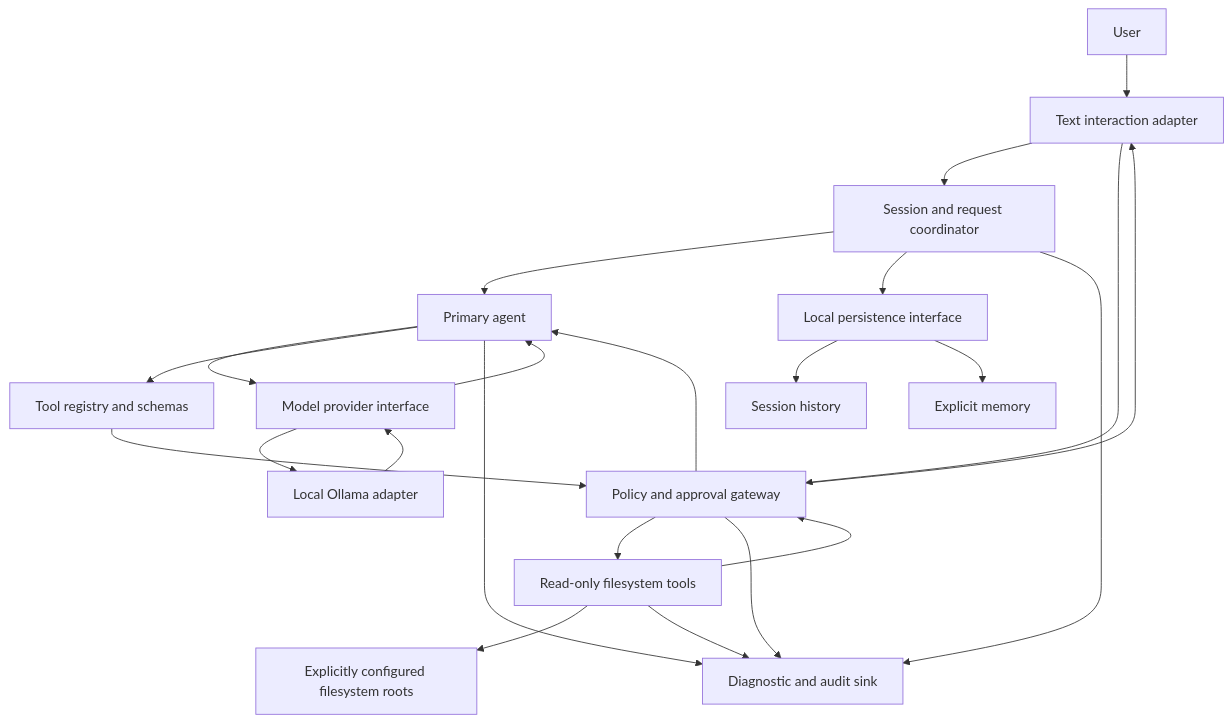
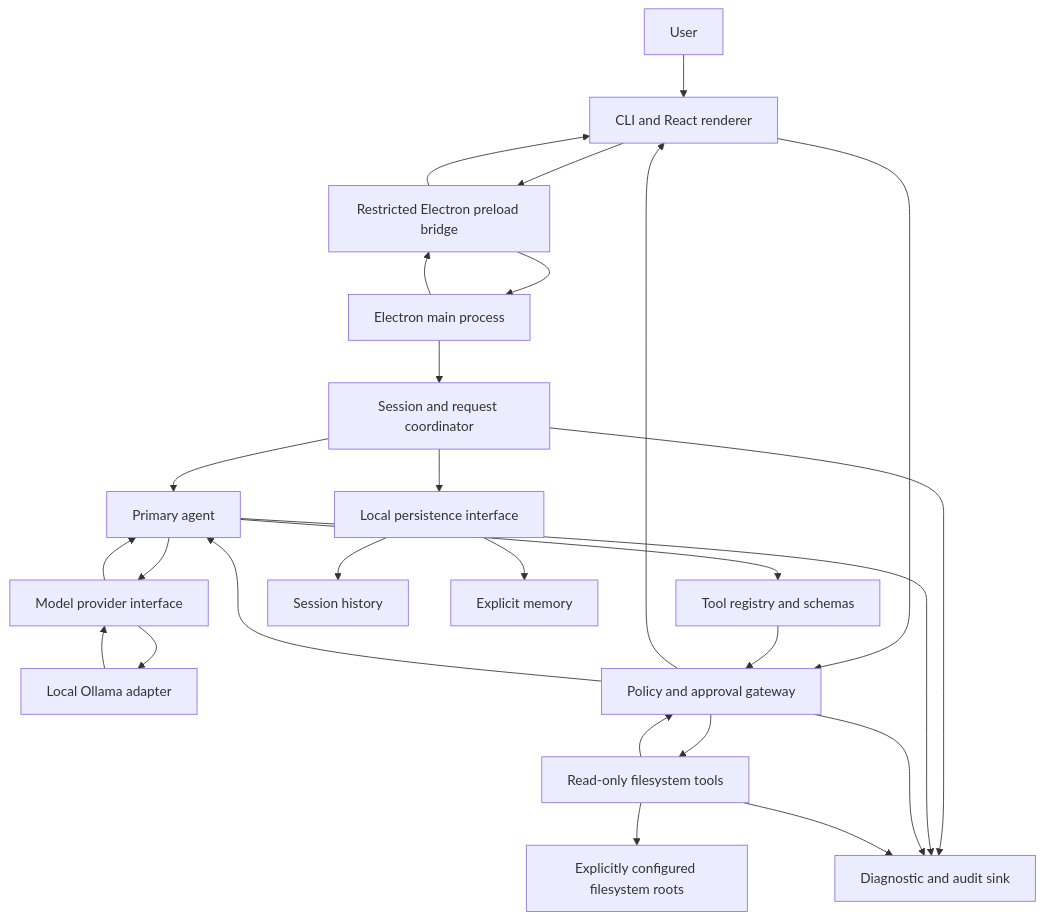
One commit to krnitish0608/Vyomara changed the diagram in docs/architecture.md. Above: the diagram before and after it, drawn with Mermaid. The commit also changed other lines of this file and 19 other files, not shown here.

````diff
--- a/docs/architecture.md
+++ b/docs/architecture.md
@@ -24,32 +24,35 @@
 ```mermaid
 flowchart TD
     User[User]
-    UI[Text interaction adapter]
+    UI[CLI and React renderer]
+    Preload[Restricted Electron preload bridge]
+    Main[Electron main process]
     Session[Session and request coordinator]
     Agent[Primary agent]
     ProviderPort[Model provider interface]
     Ollama[Local Ollama adapter]
     ToolRegistry[Tool registry and schemas]
     Policy[Policy and approval gateway]
     Tools[Read-only filesystem tools]
     Roots[Explicitly configured filesystem roots]
     Store[Local persistence interface]
     History[Session history]
     Memory[Explicit memory]
     Audit[Diagnostic and audit sink]
 
-    User --> UI --> Session --> Agent
+    User --> UI --> Preload --> Main --> Session --> Agent
+    Main --> Preload --> UI
     Policy --> UI
     UI --> Policy
     Agent --> ProviderPort --> Ollama
     Ollama --> ProviderPort --> Agent
     Agent --> ToolRegistry --> Policy --> Tools --> Roots
     Tools --> Policy --> Agent
     Session --> Store
     Store --> History
     Store --> Memory
     Session --> Audit
     Agent --> Audit
     Policy --> Audit
     Tools --> Audit
 ```
````
